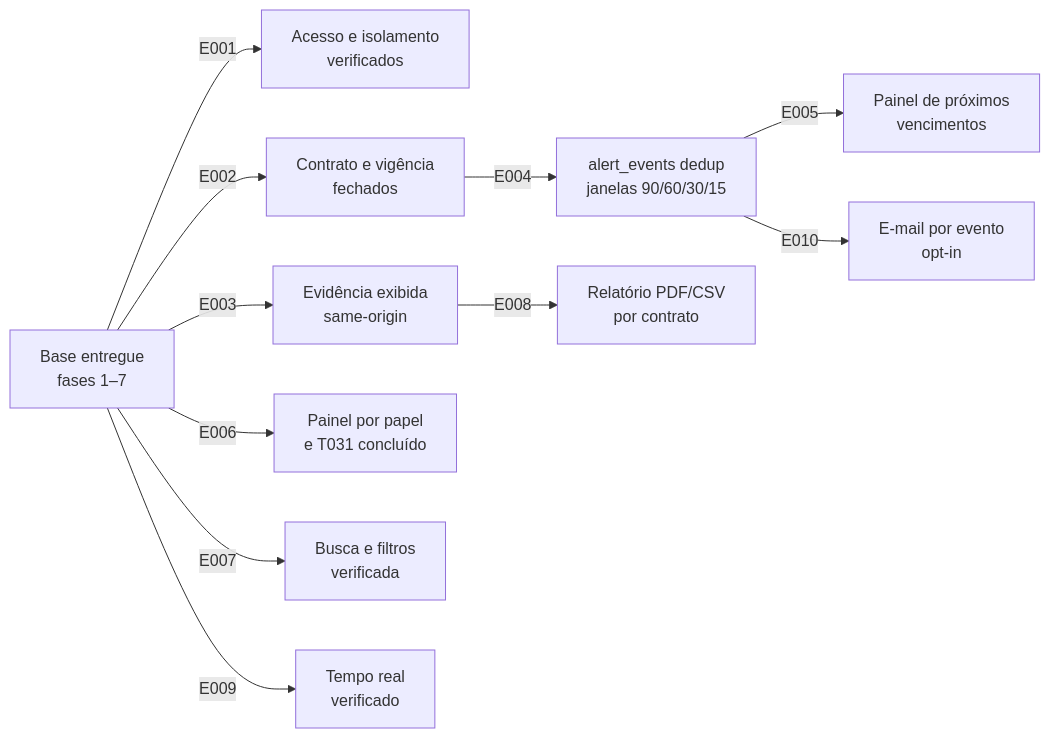
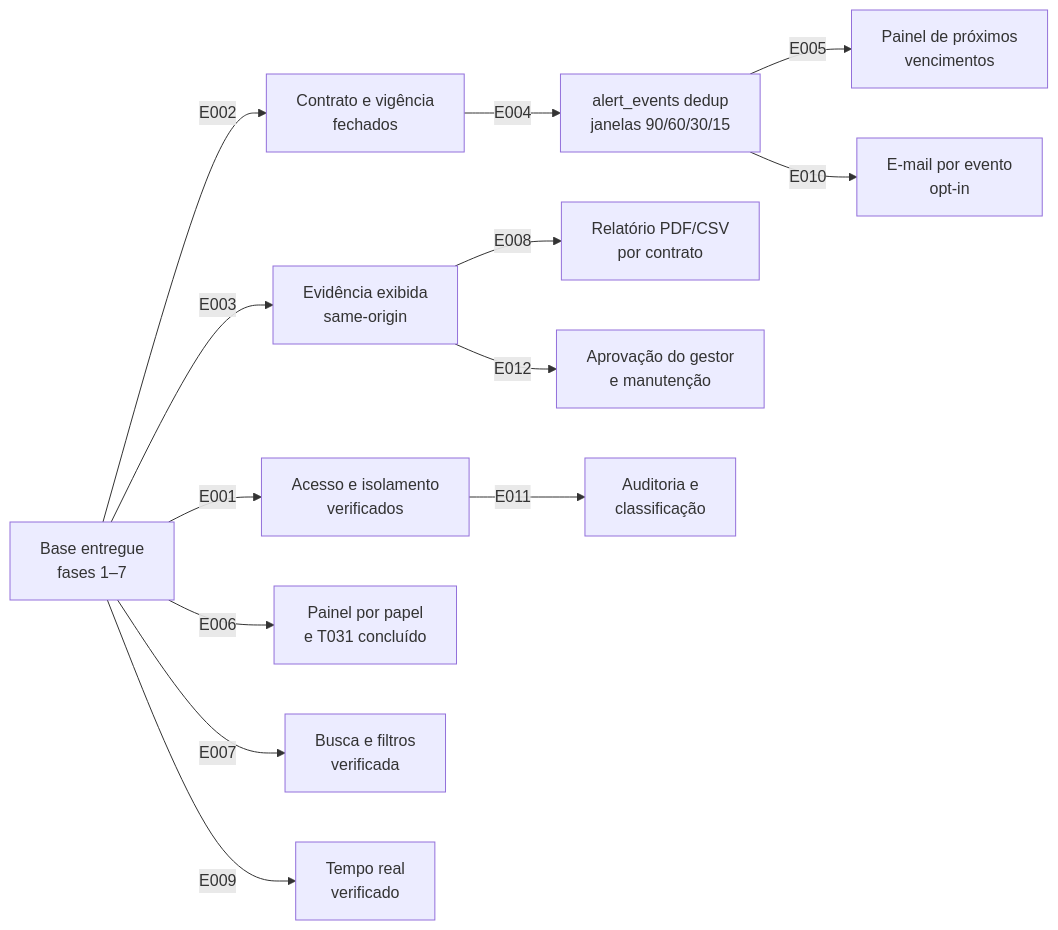
One commit to amarildolacerda/inhome changed the diagram in specs/project-plan.md. Above: the diagram before and after it, drawn with Mermaid. The commit also changed other lines of this file and 2 other files, not shown here.

Commit message:
docs(plan): amenda E012 — Wave 5, 12 épicas, estende CAP-003 (aprovação/manutenção de tarefas)

````diff
--- a/specs/project-plan.md
+++ b/specs/project-plan.md
@@ -56,13 +62,15 @@
 ```mermaid
 graph LR
   A["Base entregue<br>fases 1–7"] -->|"E001"| B["Acesso e isolamento<br>verificados"]
   A -->|"E002"| C["Contrato e vigência<br>fechados"]
   A -->|"E003"| D["Evidência exibida<br>same-origin"]
   A -->|"E006"| E["Painel por papel<br>e T031 concluído"]
   A -->|"E007"| F["Busca e filtros<br>verificada"]
   A -->|"E009"| G["Tempo real<br>verificado"]
   C -->|"E004"| H["alert_events dedup<br>janelas 90/60/30/15"]
   D -->|"E008"| I["Relatório PDF/CSV<br>por contrato"]
   H -->|"E005"| J["Painel de próximos<br>vencimentos"]
   H -->|"E010"| K["E-mail por evento<br>opt-in"]
+  D -->|"E012"| L["Aprovação do gestor<br>e manutenção"]
+  B -->|"E011"| M["Auditoria e<br>classificação"]
 ```
````
